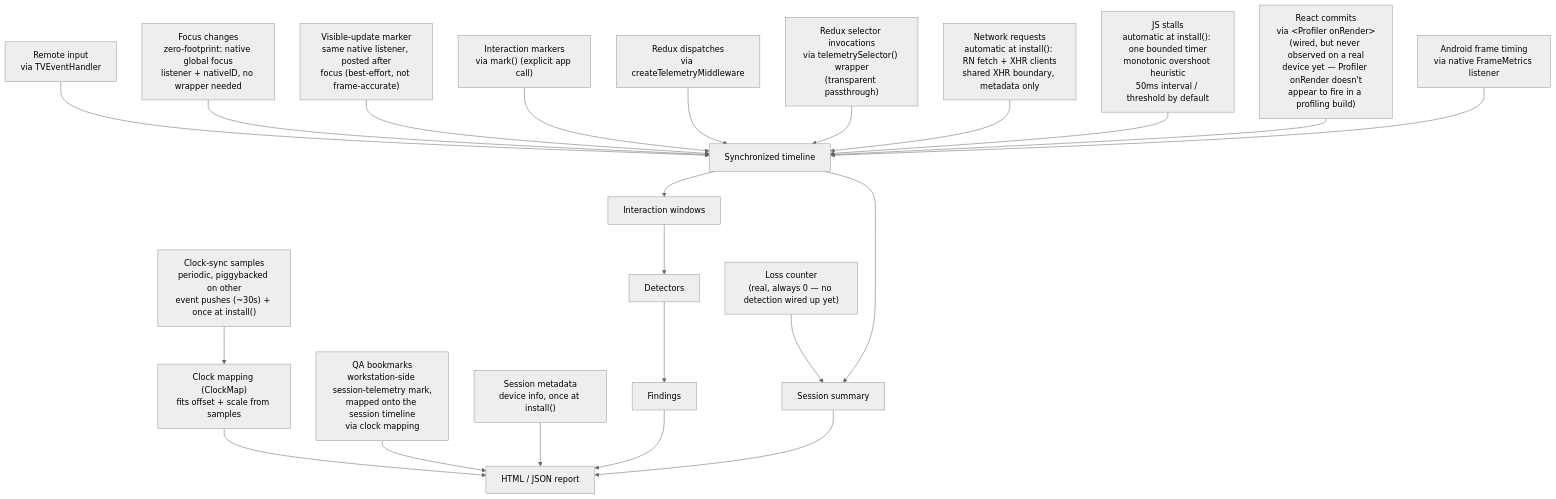
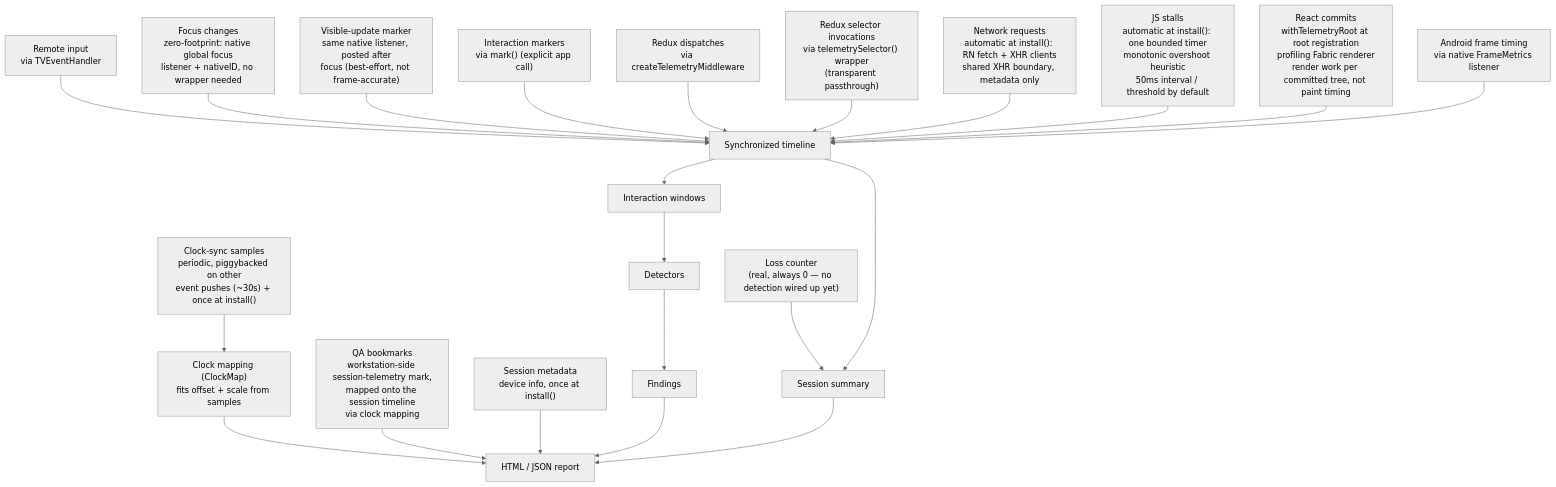
Before and after one commit to undrafted/rn-android-tv-session-telemetry: the diagram in diagrams/signals.mmd, drawn with Mermaid. The commit also changed 16 other files, not shown here.

Commit message:
Add root-level React profiling and capture disclosure

```diff
--- a/diagrams/signals.mmd
+++ b/diagrams/signals.mmd
@@ -1,27 +1,27 @@
 %%{init: {"theme": "neutral"}}%%
 %% Full per-signal detail (capture mechanism, which detector consumes it, exact thresholds):
 %% see ../docs/measurement-semantics.md
 flowchart TD
     RemoteInput["Remote input<br/>via TVEventHandler"] --> Timeline["Synchronized timeline"]
     Focus["Focus changes<br/>zero-footprint: native global focus<br/>listener + nativeID, no wrapper needed"] --> Timeline
     VisibleUpdate["Visible-update marker<br/>same native listener, posted after<br/>focus (best-effort, not frame-accurate)"] --> Timeline
     InteractionMarker["Interaction markers<br/>via mark() (explicit app call)"] --> Timeline
     Redux["Redux dispatches<br/>via createTelemetryMiddleware"] --> Timeline
     Selector["Redux selector invocations<br/>via telemetrySelector() wrapper<br/>(transparent passthrough)"] --> Timeline
     Network["Network requests<br/>automatic at install(): RN fetch + XHR clients<br/>shared XHR boundary, metadata only"] --> Timeline
     JSStall["JS stalls<br/>automatic at install(): one bounded timer<br/>monotonic overshoot heuristic<br/>50ms interval / threshold by default"] --> Timeline
-    ReactCommit["React commits<br/>via &lt;Profiler onRender&gt;<br/>(wired, but never observed on a real<br/>device yet — Profiler onRender doesn't<br/>appear to fire in a profiling build)"] --> Timeline
+    ReactCommit["React commits<br/>withTelemetryRoot at root registration<br/>profiling Fabric renderer<br/>render work per committed tree, not paint timing"] --> Timeline
     FrameTiming["Android frame timing<br/>via native FrameMetrics listener"] --> Timeline
 
     ClockSync["Clock-sync samples<br/>periodic, piggybacked on other<br/>event pushes (~30s) + once at install()"] --> ClockMapping["Clock mapping (ClockMap)<br/>fits offset + scale from samples"]
     ClockMapping --> ReportOut
     Bookmarks["QA bookmarks<br/>workstation-side session-telemetry mark,<br/>mapped onto the session timeline<br/>via clock mapping"] --> ReportOut
     SessionMeta["Session metadata<br/>device info, once at install()"] --> ReportOut
     LossCount["Loss counter<br/>(real, always 0 — no detection wired up yet)"] --> Summary
 
     Timeline --> Windows["Interaction windows"]
     Timeline --> Summary["Session summary"]
     Windows --> Detectors["Detectors"]
     Detectors --> Findings["Findings"]
     Findings --> ReportOut["HTML / JSON report"]
     Summary --> ReportOut
```
